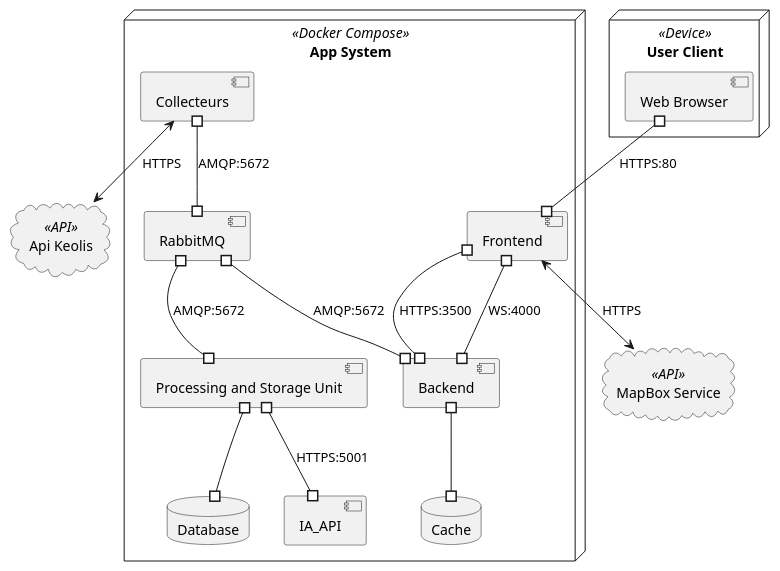
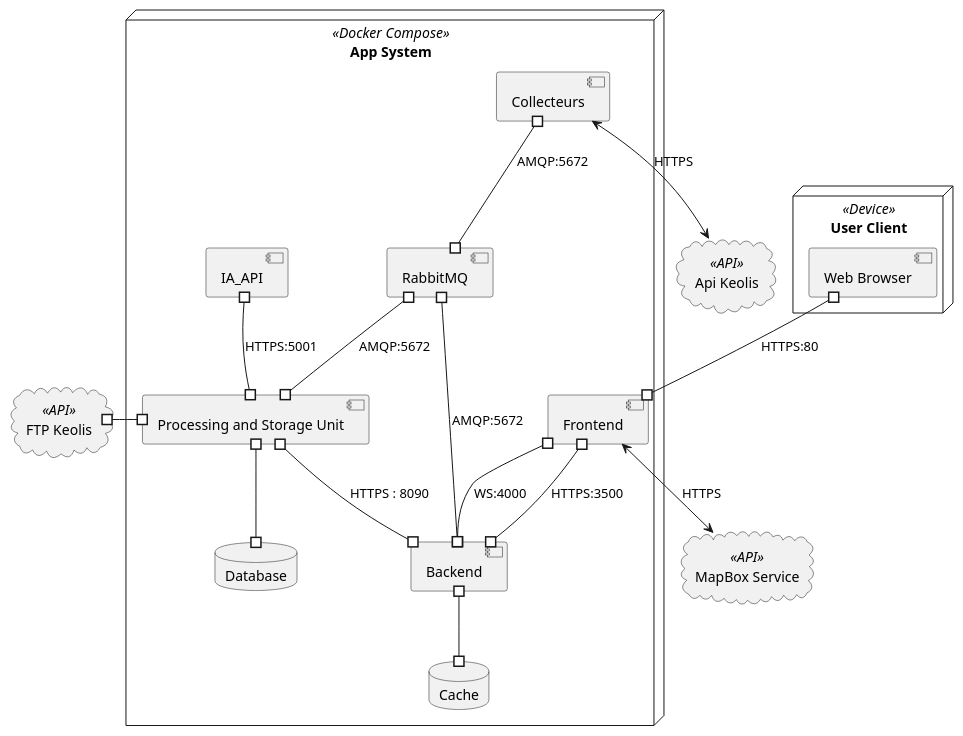
Before and after one commit to ESIR2-PROJET-KEOLIS/design: the diagram in diagrams/global/deployment.puml, drawn with PlantUML.

```diff
--- a/diagrams/global/deployment.puml
+++ b/diagrams/global/deployment.puml
@@ -1,48 +1,54 @@
 @startuml
 'https://plantuml.com/deployment-diagram
 
 node "User Client" <<Device>> as UserClient {
  component "Web Browser" as Browser {
  }
 }
 
     node "App System" <<Docker Compose>> as Docker {
                  component Backend as NestJS {
                  }
                  database Cache {
                  }
 
                   component RabbitMQ {
                   }
                   component "Processing and Storage Unit" as proc{
 
                   }
                   database Database {
                   }
                 component Collecteurs {
                 }
                 component Frontend {
                 }
                 component IA_API {
                 }
     }
 
 cloud "Api Keolis" <<API>> as keo{
 }
 
+cloud "FTP Keolis" <<API>> as FTP{
+}
+
+
 cloud "MapBox Service" <<API>> as map{
 
 }
 
 Browser #--# Frontend : HTTPS:80
 Frontend #--# NestJS : HTTPS:3500
 Frontend #--# NestJS : WS:4000
 RabbitMQ #--# NestJS : AMQP:5672
 RabbitMQ #--# proc : AMQP:5672
 Collecteurs #--# RabbitMQ : AMQP:5672
 proc #--# Database
-proc #--# IA_API : HTTPS:5001
+proc #--# NestJS : HTTPS : 8090
+FTP #-# proc
+IA_API #--# proc : HTTPS:5001
 NestJS #--# Cache
 Collecteurs <--> keo : HTTPS
 Frontend <--> map : HTTPS
 @enduml
```
